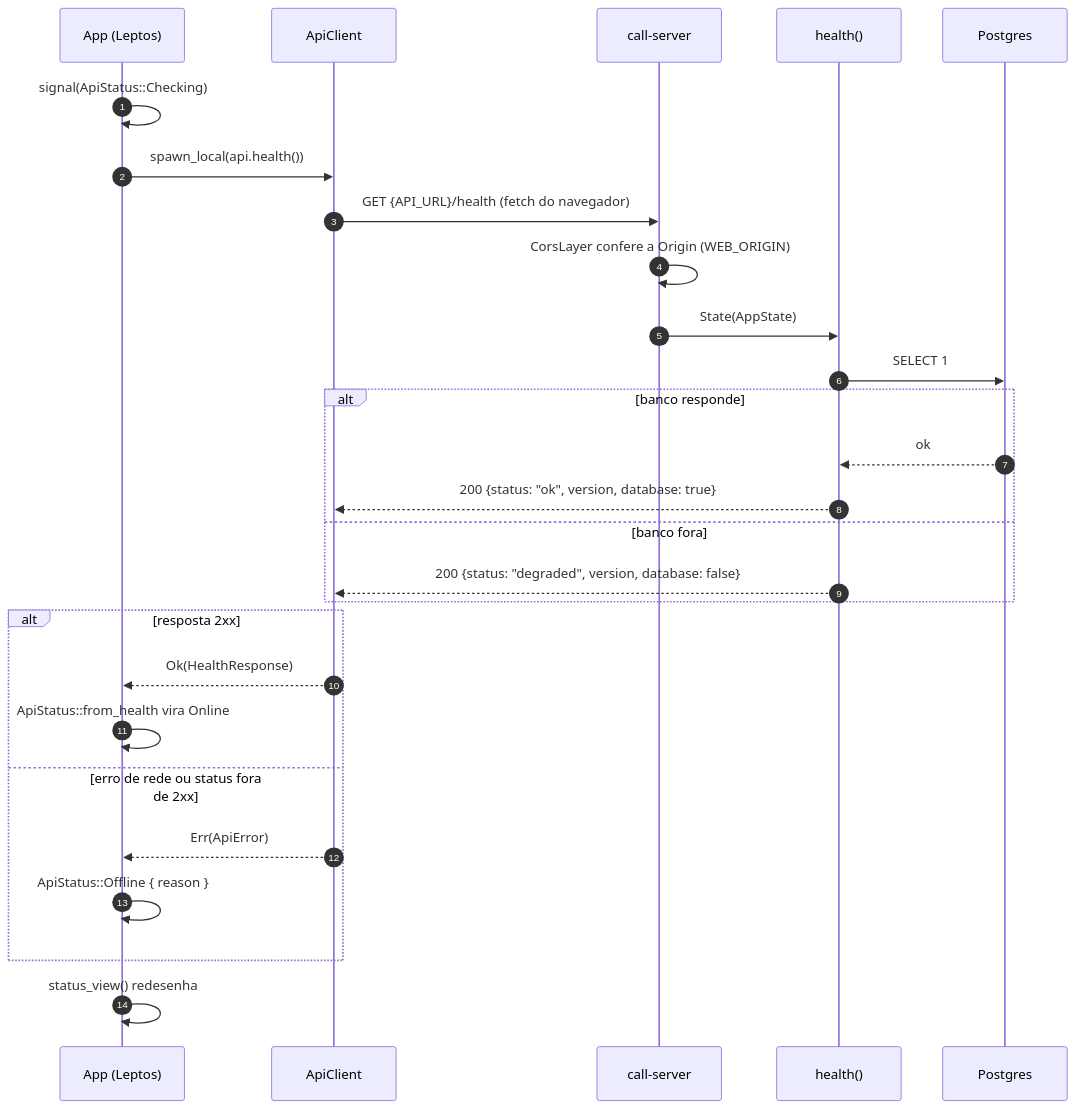
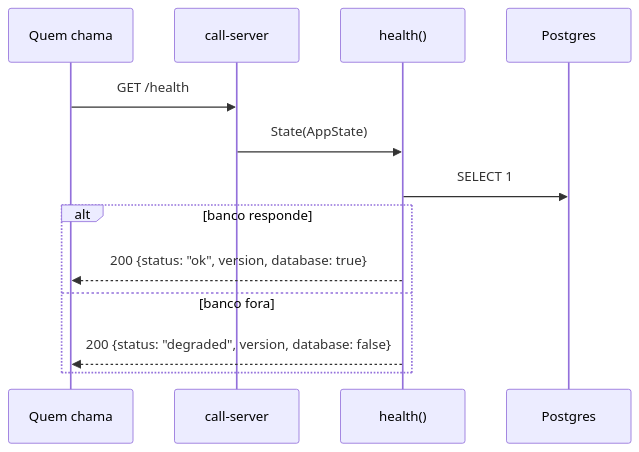
One commit to ncfcj/call changed the second of 2 diagrams in docs/architecture/03-fluxos.md. Above: the diagram before and after it, drawn with Mermaid. The commit also changed other lines of this file and 59 other files, not shown here.

````diff
--- a/docs/architecture/03-fluxos.md
+++ b/docs/architecture/03-fluxos.md
@@ -33,30 +33,16 @@
 ```mermaid
 sequenceDiagram
-    autonumber
-    participant UI as App (Leptos)
-    participant AC as ApiClient
+    participant C as Quem chama
     participant S as call-server
     participant H as health()
     participant PG as Postgres
 
-    UI->>UI: signal(ApiStatus::Checking)
-    UI->>AC: spawn_local(api.health())
-    AC->>S: GET {API_URL}/health (fetch do navegador)
-    S->>S: CorsLayer confere a Origin (WEB_ORIGIN)
+    C->>S: GET /health
     S->>H: State(AppState)
     H->>PG: SELECT 1
     alt banco responde
-        PG-->>H: ok
-        H-->>AC: 200 {status: "ok", version, database: true}
+        H-->>C: 200 {status: "ok", version, database: true}
     else banco fora
-        H-->>AC: 200 {status: "degraded", version, database: false}
+        H-->>C: 200 {status: "degraded", version, database: false}
     end
-    alt resposta 2xx
-        AC-->>UI: Ok(HealthResponse)
-        UI->>UI: ApiStatus::from_health vira Online
-    else erro de rede ou status fora de 2xx
-        AC-->>UI: Err(ApiError)
-        UI->>UI: ApiStatus::Offline { reason }
-    end
-    UI->>UI: status_view() redesenha
 ```
````
